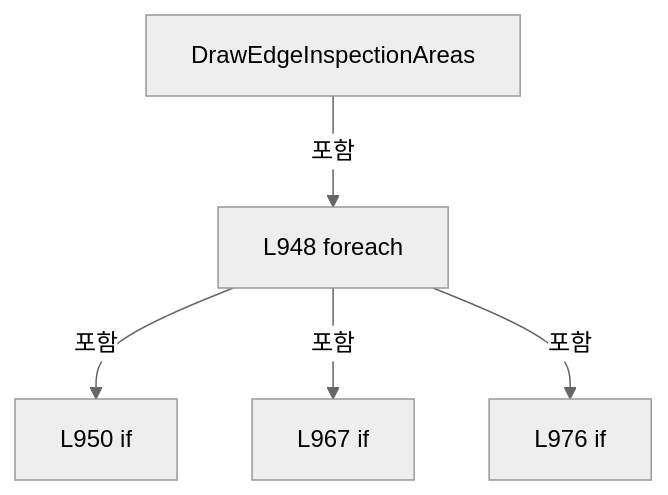
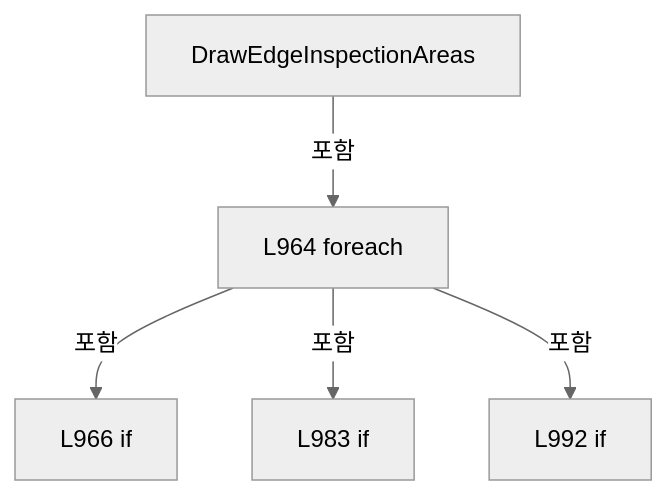
The fourth of 22 diagrams in A3 LD Code Ref/files/Drilling.UI/Menu/Menus/CReviewGlassPreviewBuilder.cs.md (kjuws10-rgb/Shared), drawn with Mermaid (neutral theme) before and after one commit. The commit also changed other lines of this file and 2071 other files, not shown here.

Commit message:
docs(a3): update 11.19.0 architecture and code reference

````diff
--- a/A3 LD Code Ref/files/Drilling.UI/Menu/Menus/CReviewGlassPreviewBuilder.cs.md
+++ b/A3 LD Code Ref/files/Drilling.UI/Menu/Menus/CReviewGlassPreviewBuilder.cs.md
@@ -1506,12 +1521,12 @@
 ```mermaid
 flowchart TD
  M["DrawEdgeInspectionAreas"]
- N0["L948 foreach"]
+ N0["L964 foreach"]
  M -->|포함| N0
- N1["L950 if"]
+ N1["L966 if"]
  N0 -->|포함| N1
- N2["L967 if"]
+ N2["L983 if"]
  N0 -->|포함| N2
- N3["L976 if"]
+ N3["L992 if"]
  N0 -->|포함| N3
 ```
````
